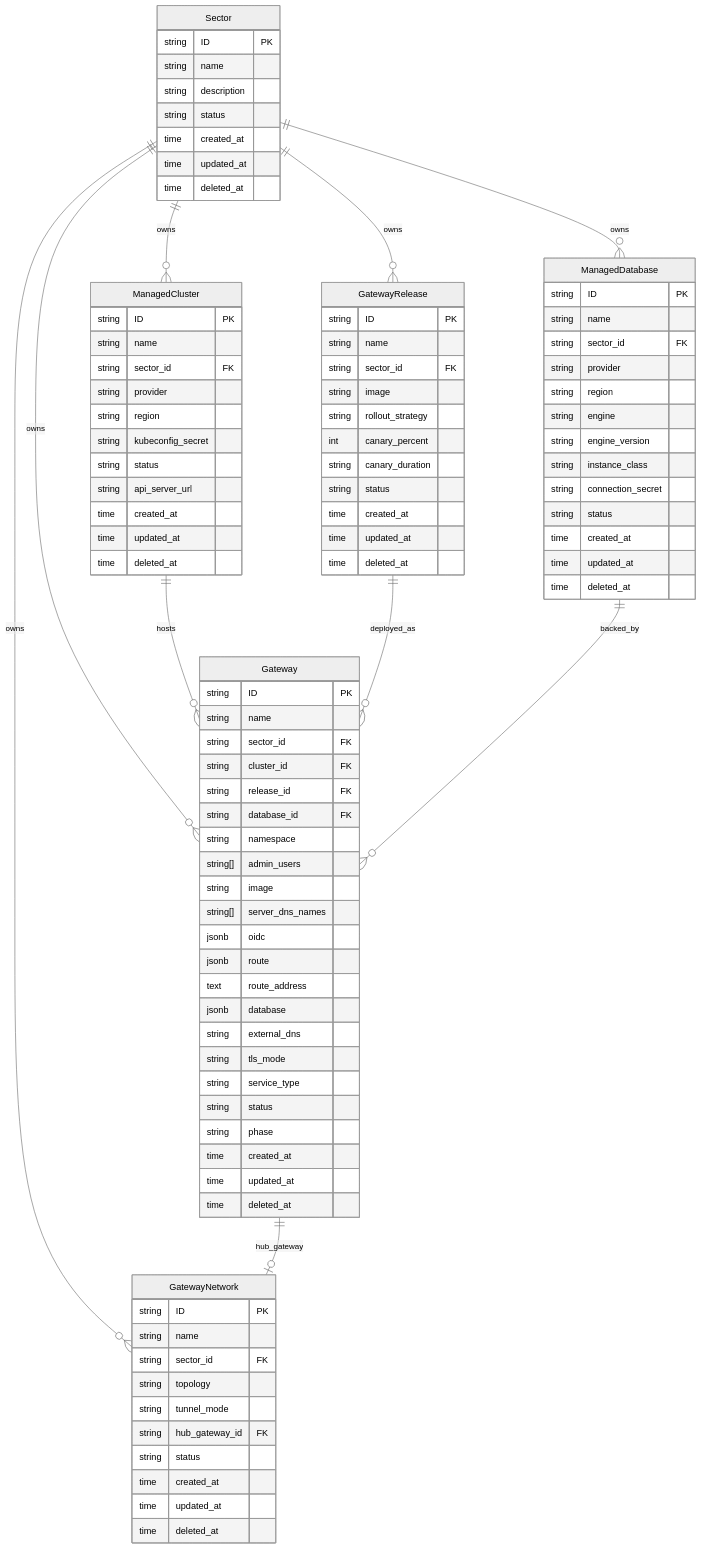
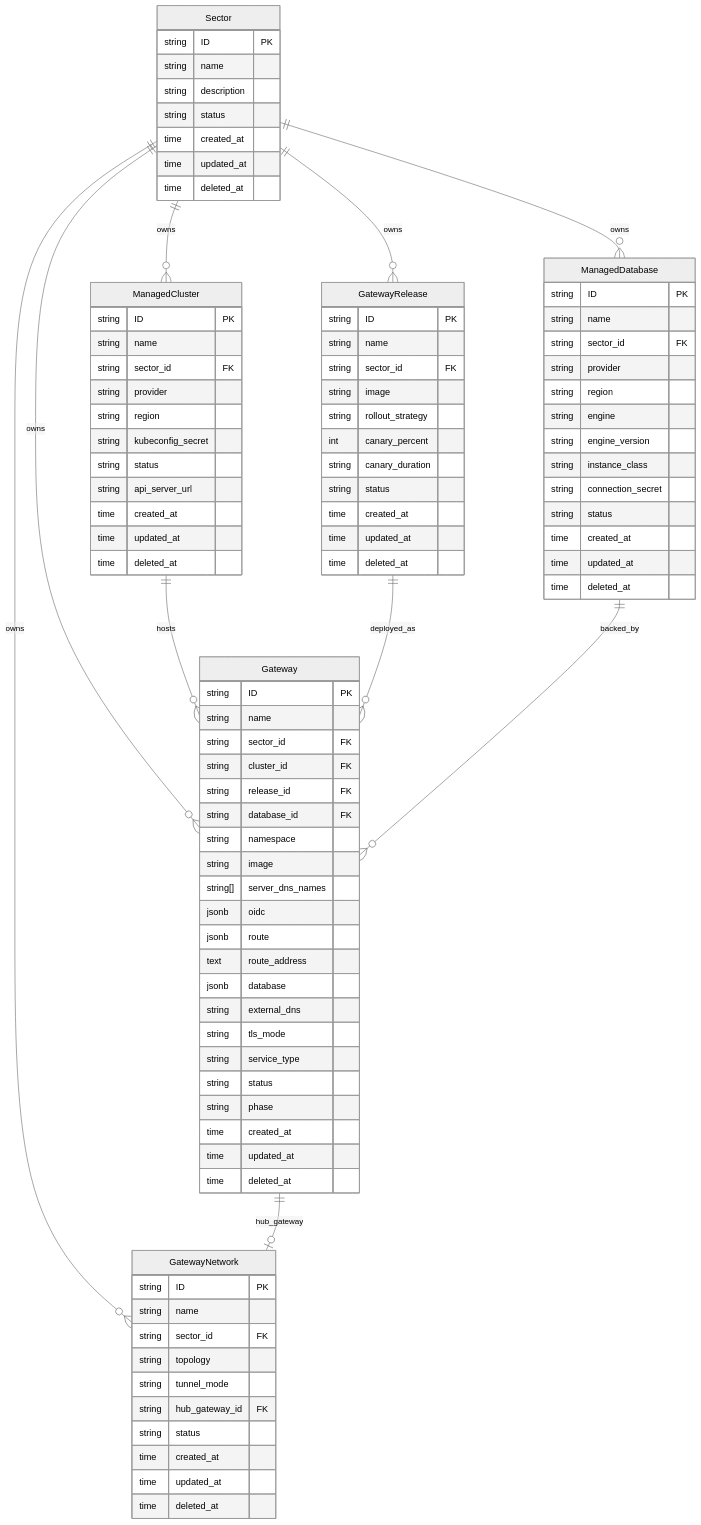
Before and after one commit to openshift-online/hypershell: the diagram in specs/platform/data-model.spec.md, drawn with Mermaid (neutral theme). The commit also changed other lines of this file and 4 other files, not shown here.

First line of the commit message:
spec(platform): replace admin_users with RBAC-driven role assignment

```diff
--- a/specs/platform/data-model.spec.md
+++ b/specs/platform/data-model.spec.md
@@ -81,7 +81,6 @@
         string release_id FK
         string database_id FK
         string namespace
-        string[] admin_users
         string image
         string[] server_dns_names
         jsonb oidc
```
